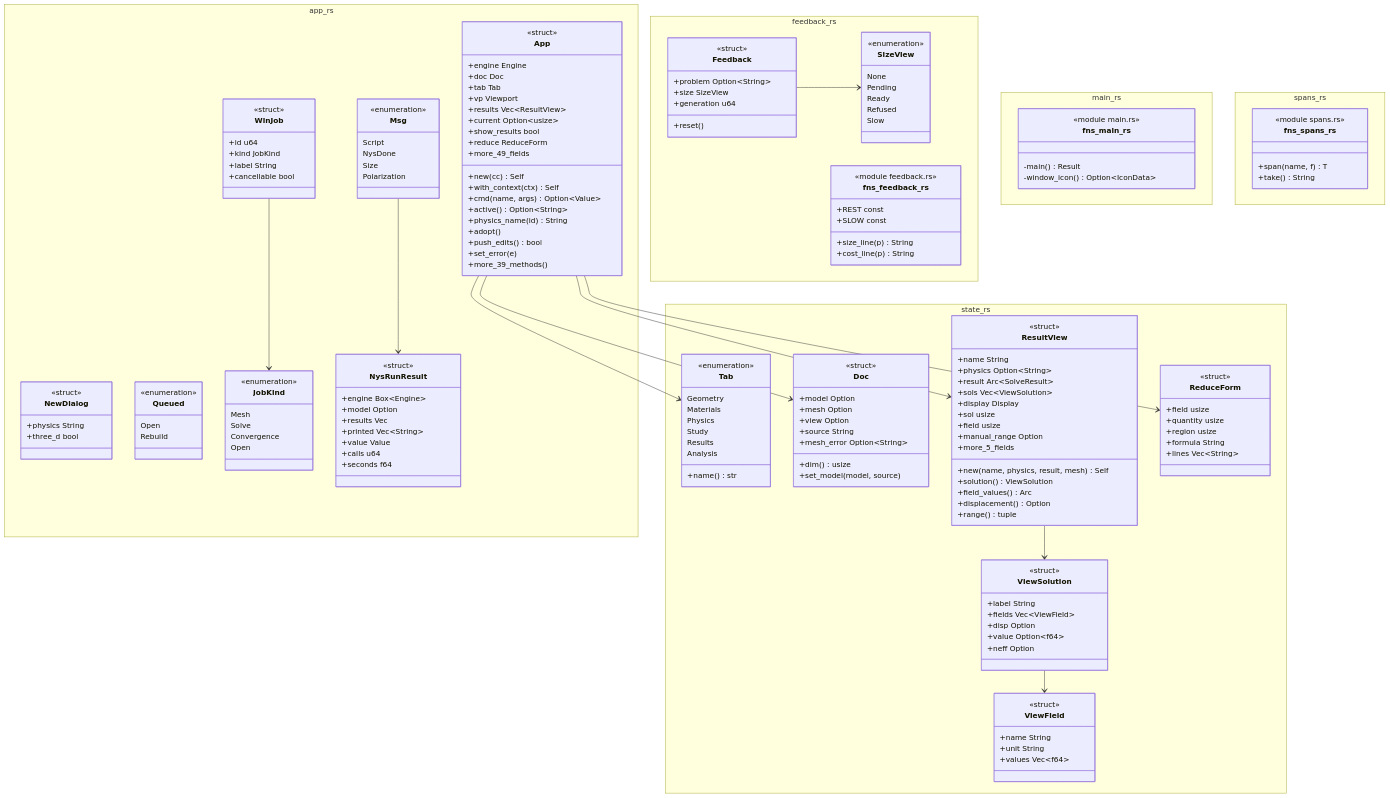
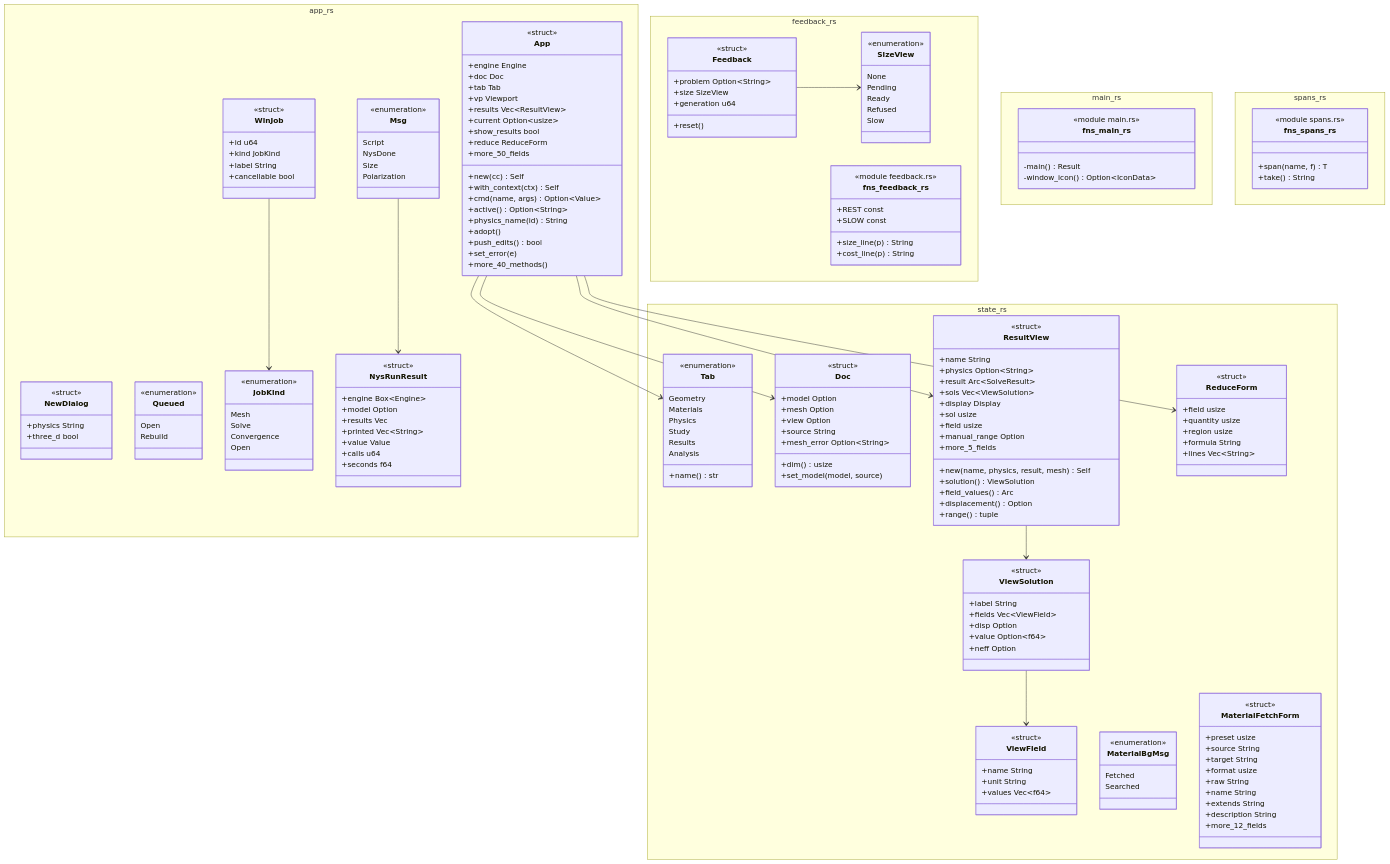
Before and after one commit to p-j-r/nyx: the diagram in docs/architecture/c4/4-code/app/window.md, drawn with Mermaid. The commit also changed other lines of this file and 150 other files, not shown here.

```diff
--- a/docs/architecture/c4/4-code/app/window.md
+++ b/docs/architecture/c4/4-code/app/window.md
@@ -96,7 +96,7 @@
         +current Option~usize~
         +show_results bool
         +reduce ReduceForm
-        +more_49_fields
+        +more_50_fields
         +new(cc) Self
         +with_context(ctx) Self
         +cmd(name, args) Option~Value~
@@ -105,7 +105,7 @@
         +adopt()
         +push_edits() bool
         +set_error(e)
-        +more_39_methods()
+        +more_40_methods()
     }
   }
   namespace feedback_rs {
@@ -206,6 +206,23 @@
         +formula String
         +lines Vec~String~
     }
+    class MaterialBgMsg {
+        <<enumeration>>
+        Fetched
+        Searched
+    }
+    class MaterialFetchForm {
+        <<struct>>
+        +preset usize
+        +source String
+        +target String
+        +format usize
+        +raw String
+        +name String
+        +extends String
+        +description String
+        +more_12_fields
+    }
   }
   WinJob --> JobKind
   Msg --> NysRunResult
```
